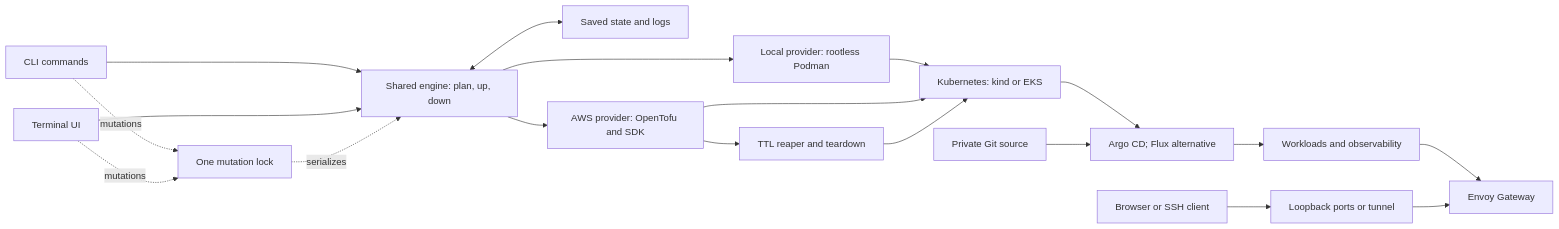
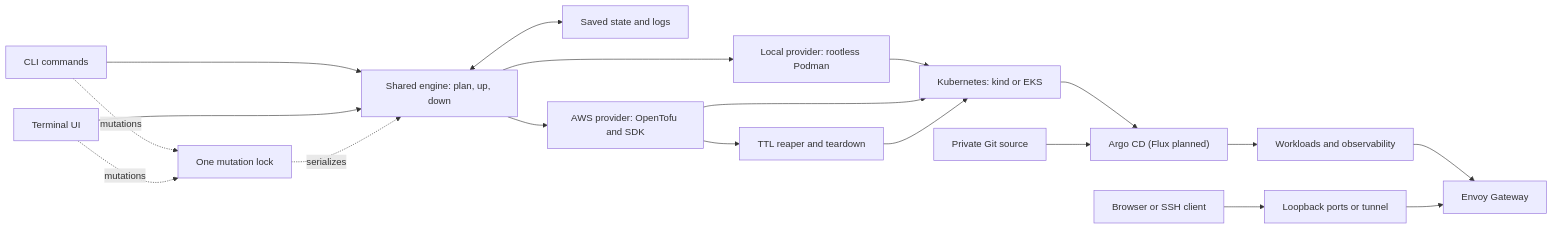
The diagram in docs/concepts/architecture.md (chanupen/devops-lab), drawn with Mermaid before and after one commit. The commit also changed other lines of this file and 23 other files, not shown here.

````diff
--- a/docs/concepts/architecture.md
+++ b/docs/concepts/architecture.md
@@ -10,21 +10,21 @@
 ```mermaid
 flowchart LR
     CLI["CLI commands"] --> Engine["Shared engine: plan, up, down"]
     TUI["Terminal UI"] --> Engine
     Engine <--> State["Saved state and logs"]
     CLI -. mutations .-> Lock["One mutation lock"]
     TUI -. mutations .-> Lock
     Lock -. serializes .-> Engine
     Engine --> Local["Local provider: rootless Podman"]
     Engine --> AWS["AWS provider: OpenTofu and SDK"]
     Local --> Cluster["Kubernetes: kind or EKS"]
     AWS --> Cluster
-    Cluster --> GitOps["Argo CD; Flux alternative"]
+    Cluster --> GitOps["Argo CD (Flux planned)"]
     Source["Private Git source"] --> GitOps
     GitOps --> Apps["Workloads and observability"]
     Apps --> Gateway["Envoy Gateway"]
     Client["Browser or SSH client"] --> Loopback["Loopback ports or tunnel"]
     Loopback --> Gateway
     AWS --> Reaper["TTL reaper and teardown"]
     Reaper --> Cluster
 ```
````
